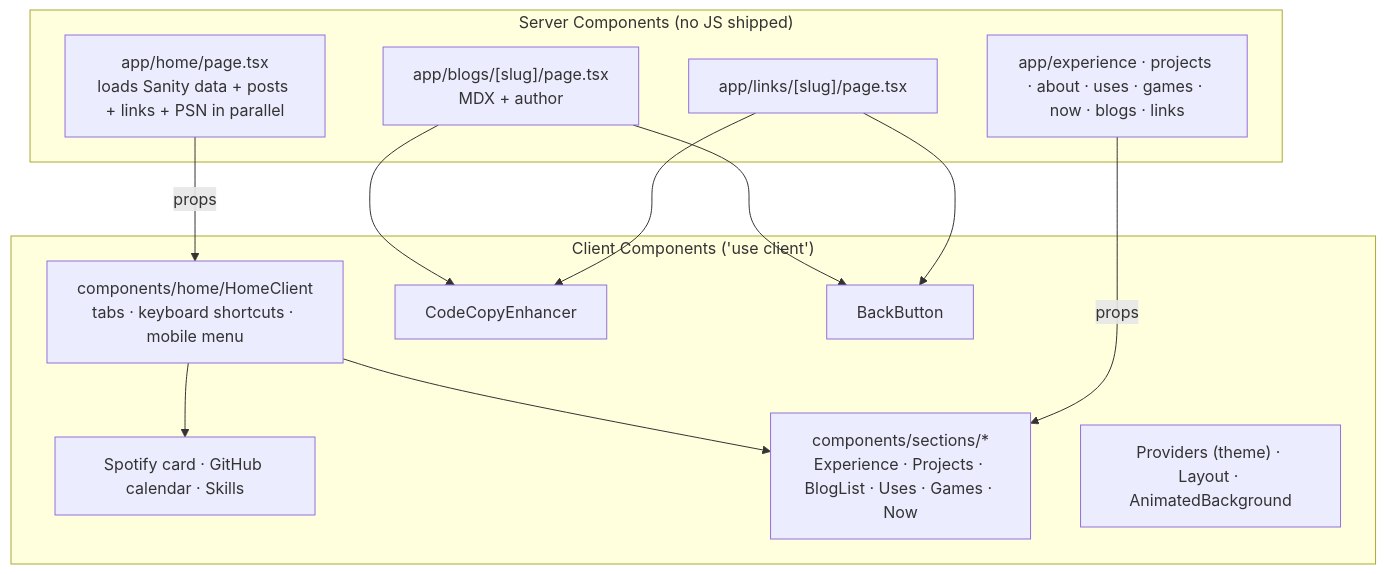
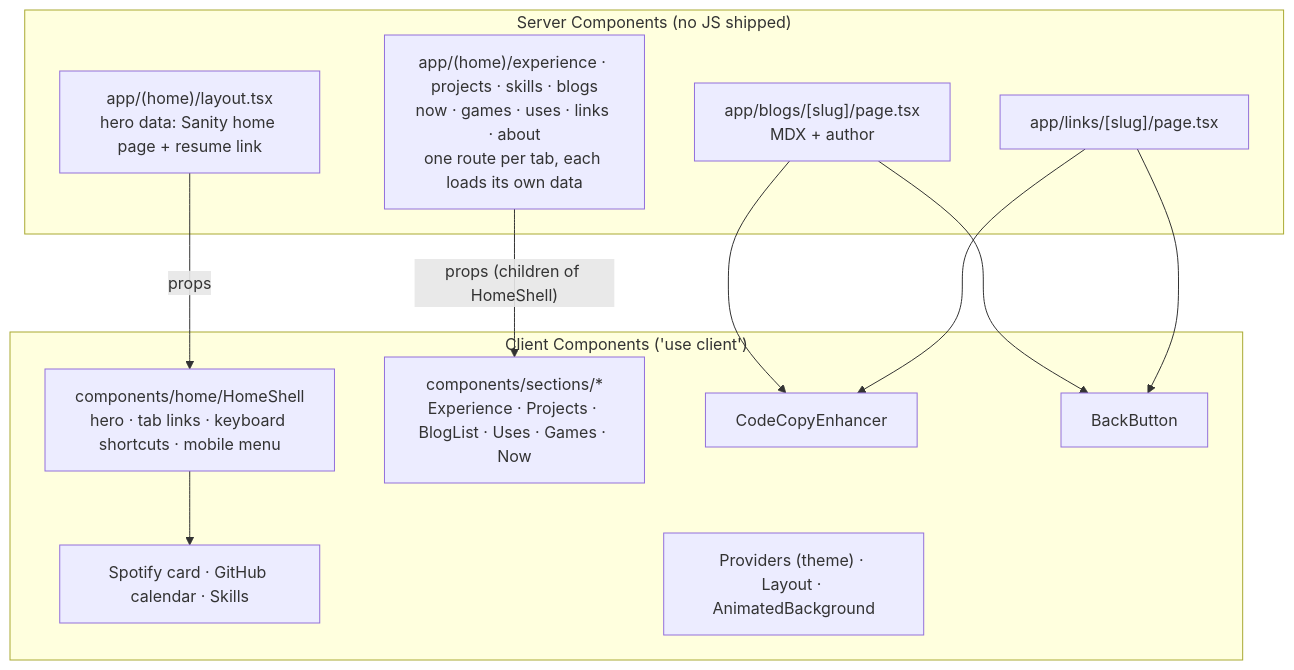
One commit to Pratham82/portfolio-v5 changed the second of 2 diagrams in docs/architecture.md. Above: the diagram before and after it, drawn with Mermaid. The commit also changed other lines of this file and 54 other files, not shown here.

Commit message:
feat: 🎸 give every home tab its own URL under a shared layout

````diff
--- a/docs/architecture.md
+++ b/docs/architecture.md
@@ -45,27 +45,26 @@
 ```mermaid
 flowchart TB
     subgraph Server["Server Components (no JS shipped)"]
-        HomePage["app/home/page.tsx<br/>loads Sanity data + posts + links + PSN in parallel"]
+        HomeLayout["app/(home)/layout.tsx<br/>hero data: Sanity home page + resume link"]
         BlogPage["app/blogs/[slug]/page.tsx<br/>MDX + author"]
         LinkPage["app/links/[slug]/page.tsx"]
-        SectionPages["app/experience · projects · about · uses · games · now · blogs · links"]
+        SectionPages["app/(home)/experience · projects · skills · blogs<br/>now · games · uses · links · about<br/>one route per tab, each loads its own data"]
     end
 
     subgraph Client["Client Components ('use client')"]
-        HomeClient["components/home/HomeClient<br/>tabs · keyboard shortcuts · mobile menu"]
+        HomeShell["components/home/HomeShell<br/>hero · tab links · keyboard shortcuts · mobile menu"]
         Widgets["Spotify card · GitHub calendar · Skills"]
         Sections["components/sections/*<br/>Experience · Projects · BlogList · Uses · Games · Now"]
         Copy["CodeCopyEnhancer"]
         Back["BackButton"]
         Shell["Providers (theme) · Layout · AnimatedBackground"]
     end
 
-    HomePage -- props --> HomeClient
-    HomeClient --> Widgets
-    HomeClient --> Sections
-    SectionPages -- props --> Sections
+    HomeLayout -- props --> HomeShell
+    HomeShell --> Widgets
+    SectionPages -- "props (children of HomeShell)" --> Sections
     BlogPage --> Copy
     BlogPage --> Back
     LinkPage --> Copy
     LinkPage --> Back
 ```
````
